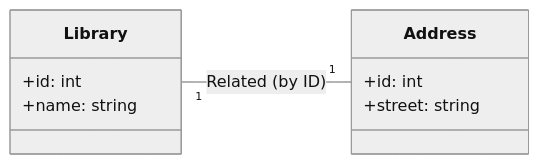
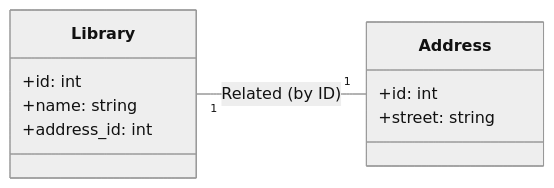
The first of 2 diagrams in docs/developer/design_guidelines.md (pitt-crc/crc-service-portal), drawn with Mermaid (neutral theme) before and after one commit. The commit also changed other lines of this file, not shown here.

````diff
--- a/docs/developer/design_guidelines.md
+++ b/docs/developer/design_guidelines.md
@@ -15,13 +14,14 @@
     ```mermaid
     classDiagram
         direction LR
         Library "1" -- "1" Address : Related (by ID)
         class Library {
           +id: int
           +name: string
+          +address_id: int
         }
         class Address {
           +id: int
           +street: string
         }
     ```
````
